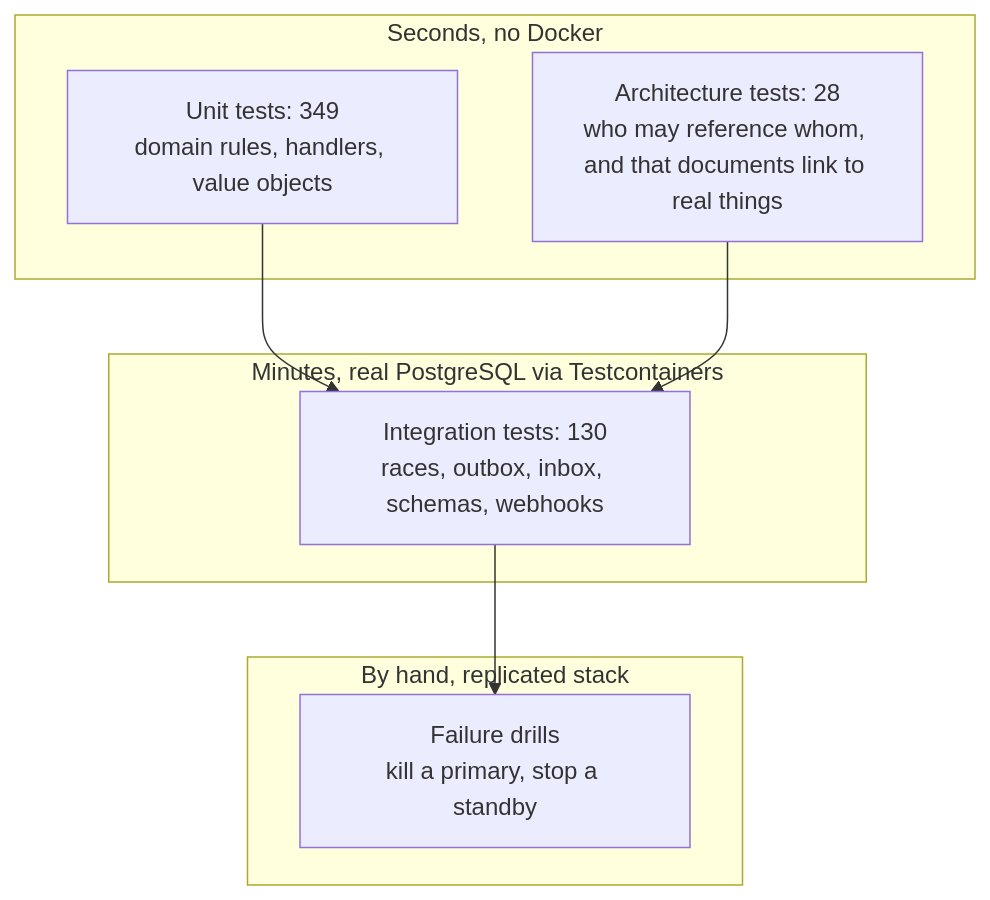
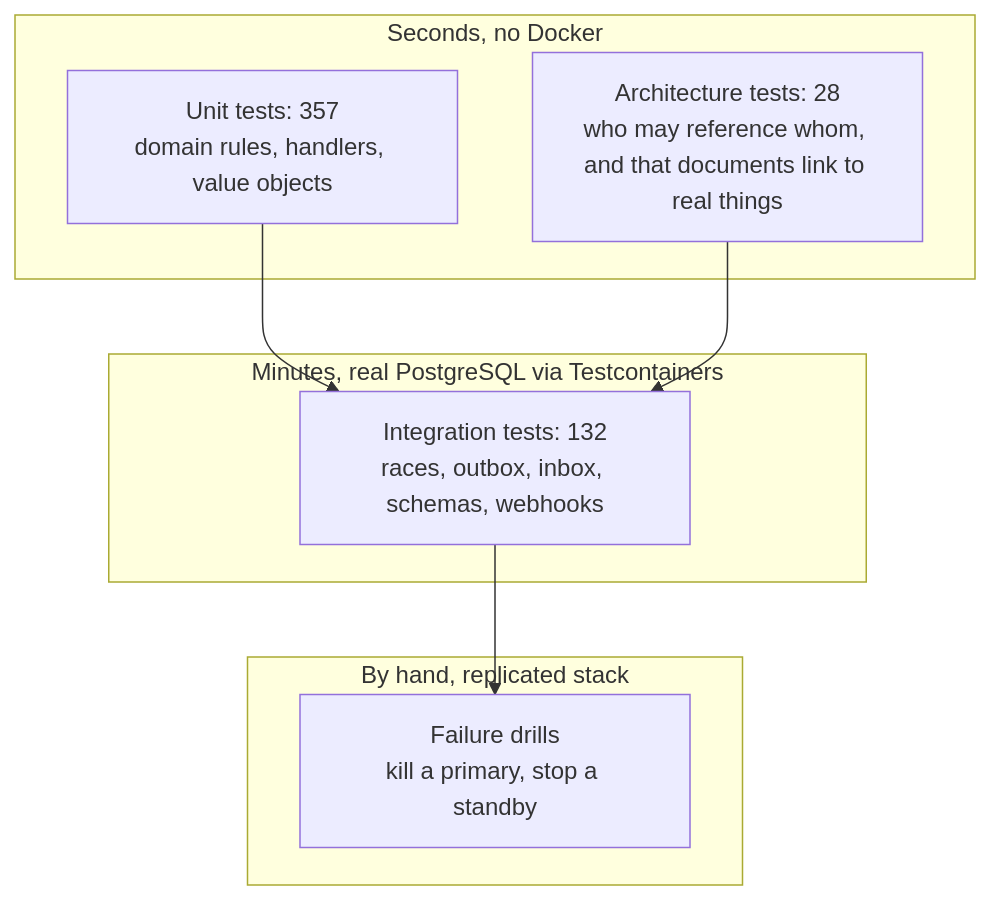
The first of 2 diagrams in docs/TESTS_THAT_TEACH.md (maysamgamini/crowdfundinghub), drawn with Mermaid before and after one commit. The commit also changed other lines of this file and 23 other files, not shown here.

````diff
--- a/docs/TESTS_THAT_TEACH.md
+++ b/docs/TESTS_THAT_TEACH.md
@@ -7,16 +7,16 @@
 ```mermaid
 flowchart TB
     subgraph Fast["Seconds, no Docker"]
-        U["Unit tests: 349<br/>domain rules, handlers, value objects"]
+        U["Unit tests: 357<br/>domain rules, handlers, value objects"]
         A["Architecture tests: 28<br/>who may reference whom, and that documents link to real things"]
     end
     subgraph Slow["Minutes, real PostgreSQL via Testcontainers"]
-        I["Integration tests: 130<br/>races, outbox, inbox, schemas, webhooks"]
+        I["Integration tests: 132<br/>races, outbox, inbox, schemas, webhooks"]
     end
     subgraph Drills["By hand, replicated stack"]
         D["Failure drills<br/>kill a primary, stop a standby"]
     end
     U --> I
     A --> I
     I --> D
 ```
````
